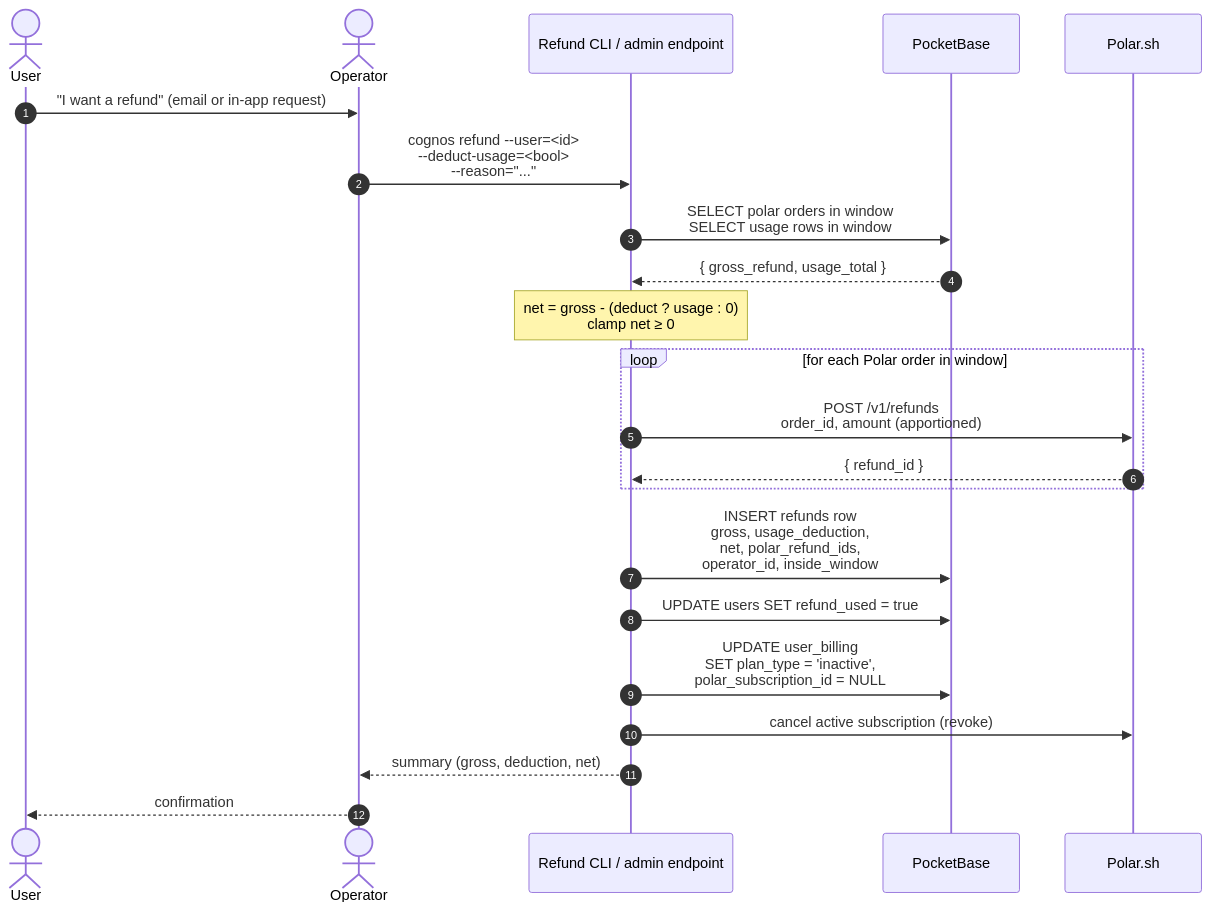
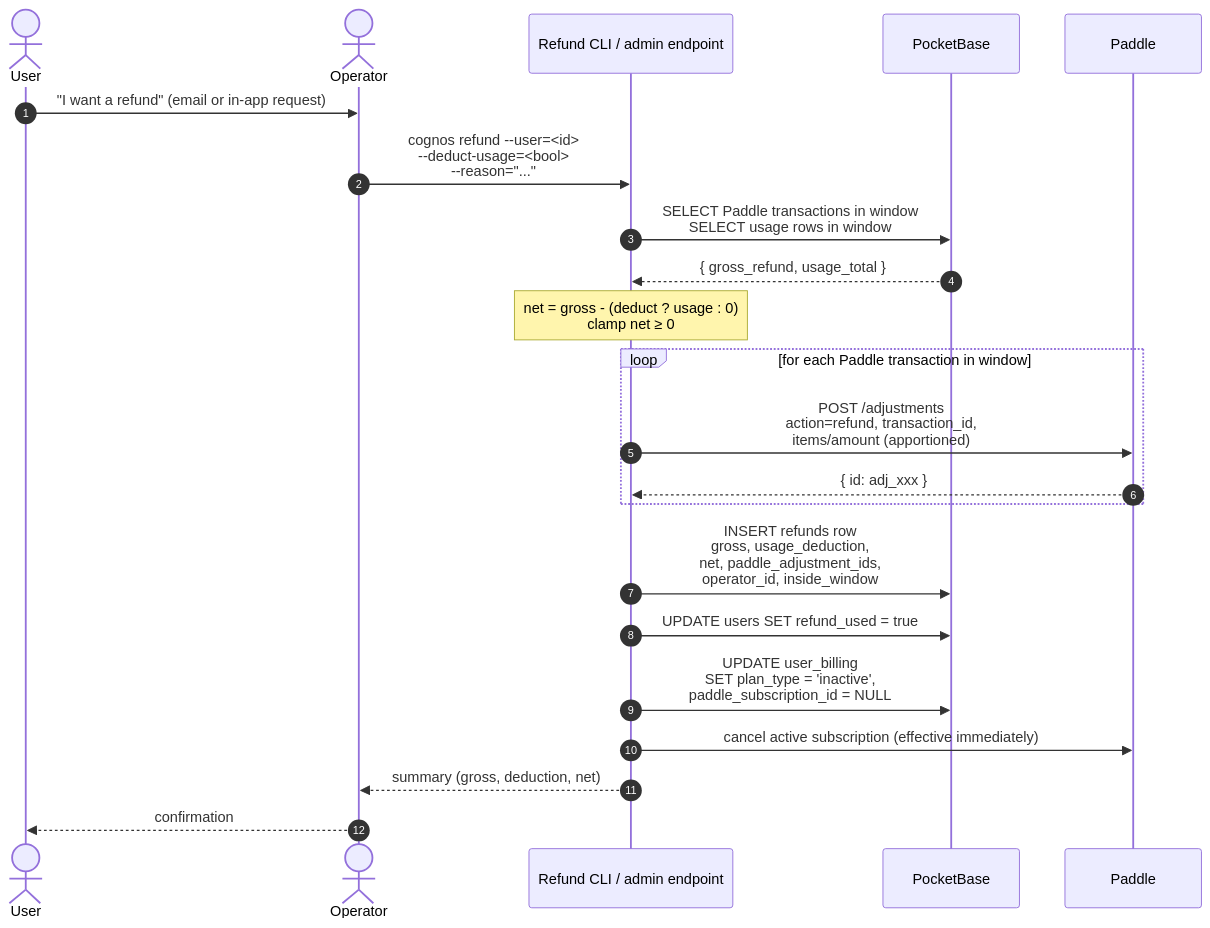
Before and after one commit to cognos-io/chat.cognos.io: the fourth of 7 diagrams in docs/specs/billing.md, drawn with Mermaid. The commit also changed other lines of this file, not shown here.

Commit message:
docs: update billing spec

````diff
--- a/docs/specs/billing.md
+++ b/docs/specs/billing.md
@@ -468,25 +483,25 @@
 ```mermaid
 sequenceDiagram
     autonumber
     actor U as User
     actor Op as Operator
     participant CLI as Refund CLI / admin endpoint
     participant DB as PocketBase
-    participant P as Polar.sh
+    participant P as Paddle
 
     U->>Op: "I want a refund" (email or in-app request)
     Op->>CLI: cognos refund --user=<id><br/>--deduct-usage=<bool><br/>--reason="..."
-    CLI->>DB: SELECT polar orders in window<br/>SELECT usage rows in window
+    CLI->>DB: SELECT Paddle transactions in window<br/>SELECT usage rows in window
     DB-->>CLI: { gross_refund, usage_total }
     Note over CLI: net = gross - (deduct ? usage : 0)<br/>clamp net ≥ 0
-    loop for each Polar order in window
-        CLI->>P: POST /v1/refunds<br/>order_id, amount (apportioned)
-        P-->>CLI: { refund_id }
+    loop for each Paddle transaction in window
+        CLI->>P: POST /adjustments<br/>action=refund, transaction_id,<br/>items/amount (apportioned)
+        P-->>CLI: { id: adj_xxx }
     end
-    CLI->>DB: INSERT refunds row<br/>gross, usage_deduction,<br/>net, polar_refund_ids,<br/>operator_id, inside_window
+    CLI->>DB: INSERT refunds row<br/>gross, usage_deduction,<br/>net, paddle_adjustment_ids,<br/>operator_id, inside_window
     CLI->>DB: UPDATE users SET refund_used = true
-    CLI->>DB: UPDATE user_billing<br/>SET plan_type = 'inactive',<br/>polar_subscription_id = NULL
-    CLI->>P: cancel active subscription (revoke)
+    CLI->>DB: UPDATE user_billing<br/>SET plan_type = 'inactive',<br/>paddle_subscription_id = NULL
+    CLI->>P: cancel active subscription (effective immediately)
     CLI-->>Op: summary (gross, deduction, net)
     Op-->>U: confirmation
 ```
````
